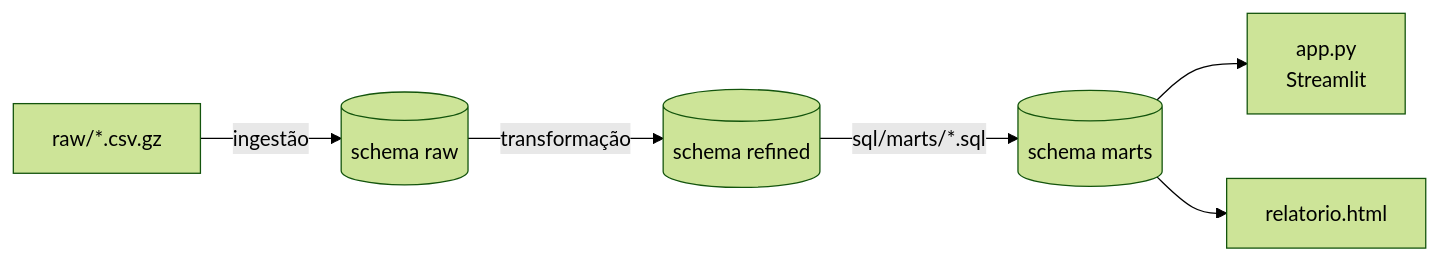
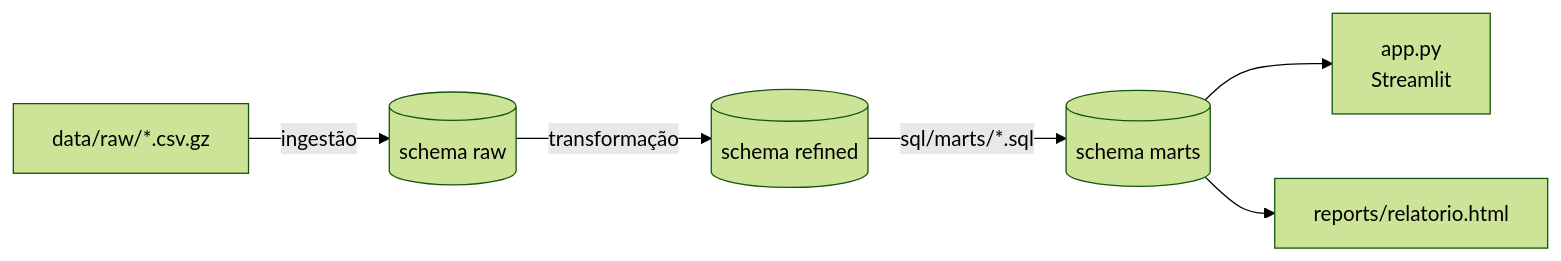
The diagram in docs/index.md (FranciscoAssislsj/olist), drawn with Mermaid (forest theme) before and after one commit. The commit also changed other lines of this file and 40 other files, not shown here.

````diff
--- a/docs/index.md
+++ b/docs/index.md
@@ -5,8 +5,8 @@
 ```mermaid
 flowchart LR
-    csv["raw/*.csv.gz"] -->|ingestão| raw[(schema raw)]
+    csv["data/raw/*.csv.gz"] -->|ingestão| raw[(schema raw)]
     raw -->|transformação| refined[(schema refined)]
     refined -->|sql/marts/*.sql| marts[(schema marts)]
     marts --> app["app.py<br/>Streamlit"]
-    marts --> html["relatorio.html"]
+    marts --> html["reports/relatorio.html"]
 ```
````
